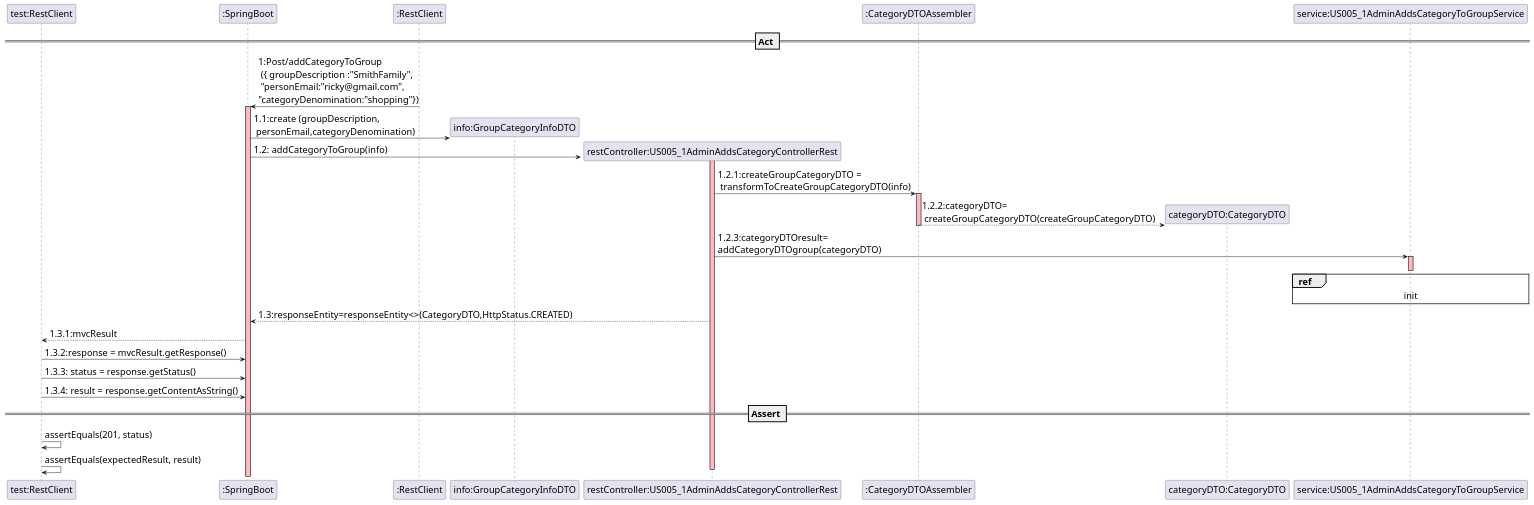
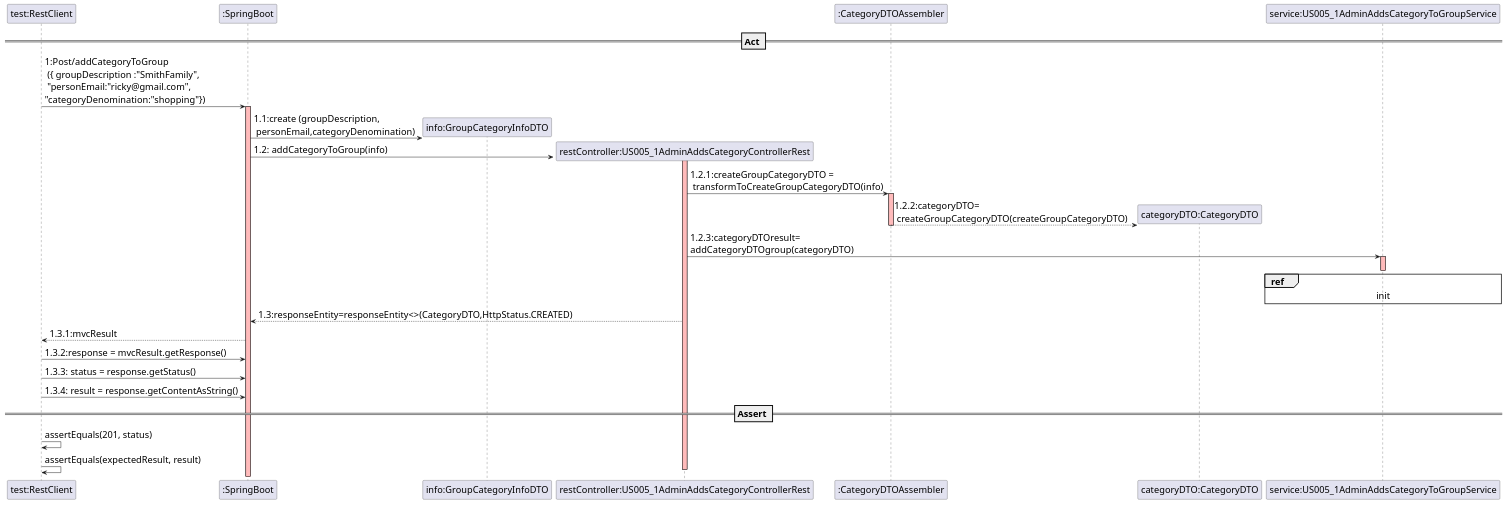
Before and after one commit to mleitaoribeiro/DevOpsMaven: the diagram in src/main/java/switch2019/project/controllerLayer/controllersRest/US005_1AdminAddsCategoryControllerRest.puml, drawn with PlantUML.

Commit message:
ref #832

```diff
--- a/src/main/java/switch2019/project/controllerLayer/controllersRest/US005_1AdminAddsCategoryControllerRest.puml
+++ b/src/main/java/switch2019/project/controllerLayer/controllersRest/US005_1AdminAddsCategoryControllerRest.puml
@@ -1,50 +1,50 @@
 @startuml
 skinparam DefaultFontSize 20
 
 participant "test:RestClient"
 
 participant ":SpringBoot"
 
 == Act ==
-":RestClient" -> ":SpringBoot" :1:Post/addCategoryToGroup \n ({ groupDescription :"SmithFamily",\n "personEmail:"ricky@gmail.com",\n"categoryDenomination:"shopping"})
+"test:RestClient" -> ":SpringBoot" :1:Post/addCategoryToGroup \n ({ groupDescription :"SmithFamily",\n "personEmail:"ricky@gmail.com",\n"categoryDenomination:"shopping"})
 activate ":SpringBoot" #FFBBBB
 
 create "info:GroupCategoryInfoDTO"
 ":SpringBoot"->"info:GroupCategoryInfoDTO":1.1:create (groupDescription,\n personEmail,categoryDenomination)
 activate "restController:US005_1AdminAddsCategoryControllerRest" #FFBBBB
 
 create "restController:US005_1AdminAddsCategoryControllerRest"
 ":SpringBoot"-> "restController:US005_1AdminAddsCategoryControllerRest":1.2: addCategoryToGroup(info)
 
 
 
 "restController:US005_1AdminAddsCategoryControllerRest"-> ":CategoryDTOAssembler":1.2.1:createGroupCategoryDTO =\n transformToCreateGroupCategoryDTO(info)
 activate ":CategoryDTOAssembler" #FFBBBB
 
 create "categoryDTO:CategoryDTO"
 ":CategoryDTOAssembler"-->"categoryDTO:CategoryDTO":1.2.2:categoryDTO=\n createGroupCategoryDTO(createGroupCategoryDTO)
 deactivate ":CategoryDTOAssembler"
 
 "restController:US005_1AdminAddsCategoryControllerRest"->"service:US005_1AdminAddsCategoryToGroupService":1.2.3:categoryDTOresult=\naddCategoryDTOgroup(categoryDTO)
 activate "service:US005_1AdminAddsCategoryToGroupService" #FFBBBB
 deactivate "service:US005_1AdminAddsCategoryToGroupService" #FFBBBB
 
 ref over "service:US005_1AdminAddsCategoryToGroupService": init
 
 "restController:US005_1AdminAddsCategoryControllerRest"--> ":SpringBoot":1.3:responseEntity=responseEntity<>(CategoryDTO,HttpStatus.CREATED)
 ":SpringBoot"-->"test:RestClient":1.3.1:mvcResult
 
 "test:RestClient" -> ":SpringBoot": 1.3.2:response = mvcResult.getResponse()
 
 "test:RestClient"-> ":SpringBoot":1.3.3: status = response.getStatus()
 
 "test:RestClient" -> ":SpringBoot":1.3.4: result = response.getContentAsString()
 
 == Assert ==
 
 "test:RestClient" -> "test:RestClient" : assertEquals(201, status)
 "test:RestClient" -> "test:RestClient" : assertEquals(expectedResult, result)
 deactivate "service:US005_1AdminAddsCategoryToGroupService"
 deactivate "restController:US005_1AdminAddsCategoryControllerRest"
 
 @enduml
```
